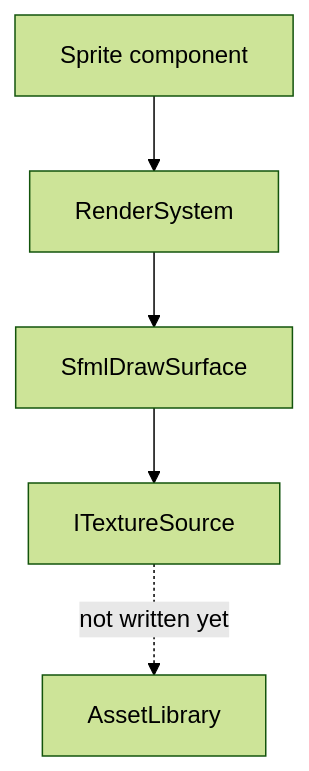
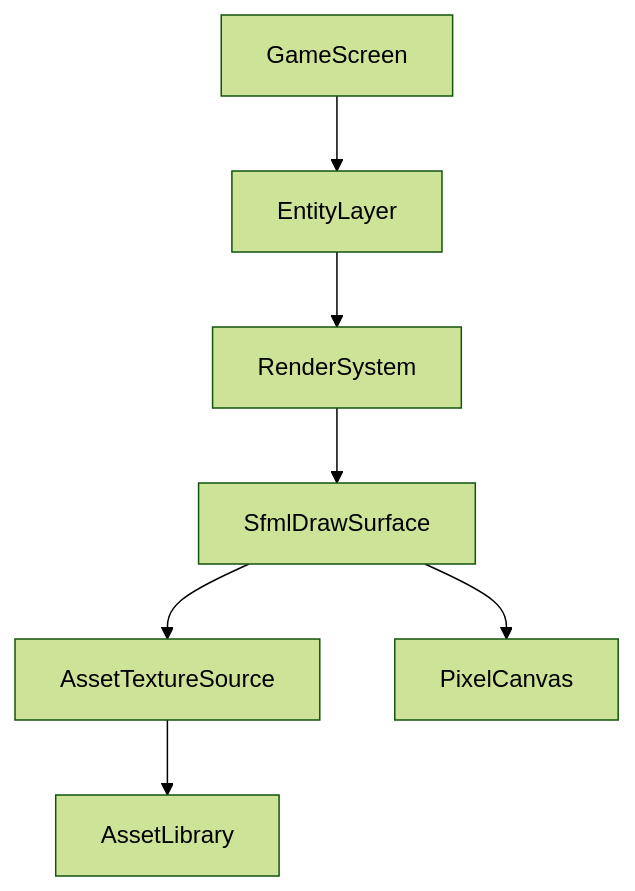
Before and after one commit to nique-epi/R-Type: the second of 2 diagrams in docs/src/content/docs/client.md, drawn with Mermaid (forest theme). The commit also changed other lines of this file and 52 other files, not shown here.

First line of the commit message:
feat: draw ships, Bydos and missiles from one sprite sheet (#62)

````diff
--- a/docs/src/content/docs/client.md
+++ b/docs/src/content/docs/client.md
@@ -82,9 +87,11 @@
 ```mermaid
 flowchart TB
-  accTitle: From an entity to the screen
-  accDescr: The Sprite component of an entity names an asset id. RenderSystem passes the id to SfmlDrawSurface, which asks an ITextureSource for the texture. The asset library is meant to be that source, but the link is not written yet.
-  Entity["Sprite component"] --> Render[RenderSystem]
+  accTitle: From the game screen to the screen
+  accDescr: The game screen asks its entity layer to paint its entities. The layer runs RenderSystem, which passes each sprite to SfmlDrawSurface; the surface finds the texture through AssetTextureSource, reading the asset library, and paints the rectangle on the pixel canvas, which the layer lays over the sky.
+  Game[GameScreen] --> Layer[EntityLayer]
+  Layer --> Render[RenderSystem]
   Render --> Surface[SfmlDrawSurface]
-  Surface --> Source[ITextureSource]
-  Source -. "not written yet" .-> Library[AssetLibrary]
+  Surface --> Source[AssetTextureSource]
+  Source --> Library[AssetLibrary]
+  Surface --> Canvas[PixelCanvas]
 ```
````
